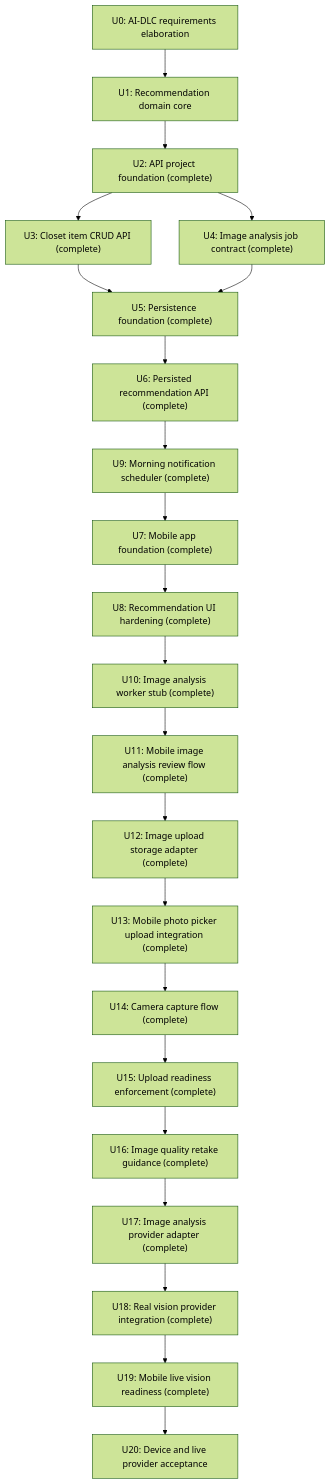
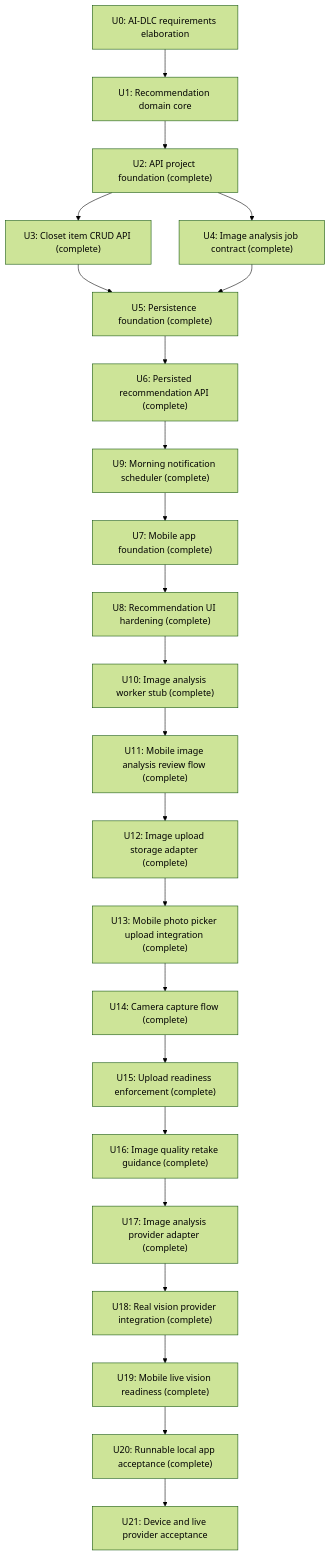
The diagram in requirements/ai_dlc/00_intent.md (idealization/Fitlog), drawn with Mermaid (forest theme) before and after one commit. The commit also changed other lines of this file and 9 other files, not shown here.

Commit message:
Make local Fitlog app runnable

````diff
--- a/requirements/ai_dlc/00_intent.md
+++ b/requirements/ai_dlc/00_intent.md
@@ -30,24 +30,25 @@
 ```mermaid
 flowchart TD
     U0["U0: AI-DLC requirements elaboration"] --> U1["U1: Recommendation domain core"]
     U1 --> U2["U2: API project foundation (complete)"]
     U2 --> U3["U3: Closet item CRUD API (complete)"]
     U2 --> U4["U4: Image analysis job contract (complete)"]
     U3 --> U5["U5: Persistence foundation (complete)"]
     U4 --> U5
     U5 --> U6["U6: Persisted recommendation API (complete)"]
     U6 --> U9["U9: Morning notification scheduler (complete)"]
     U9 --> U7["U7: Mobile app foundation (complete)"]
     U7 --> U8["U8: Recommendation UI hardening (complete)"]
     U8 --> U10["U10: Image analysis worker stub (complete)"]
     U10 --> U11["U11: Mobile image analysis review flow (complete)"]
     U11 --> U12["U12: Image upload storage adapter (complete)"]
     U12 --> U13["U13: Mobile photo picker upload integration (complete)"]
     U13 --> U14["U14: Camera capture flow (complete)"]
     U14 --> U15["U15: Upload readiness enforcement (complete)"]
     U15 --> U16["U16: Image quality retake guidance (complete)"]
     U16 --> U17["U17: Image analysis provider adapter (complete)"]
     U17 --> U18["U18: Real vision provider integration (complete)"]
     U18 --> U19["U19: Mobile live vision readiness (complete)"]
-    U19 --> U20["U20: Device and live provider acceptance"]
+    U19 --> U20["U20: Runnable local app acceptance (complete)"]
+    U20 --> U21["U21: Device and live provider acceptance"]
 ```
````
